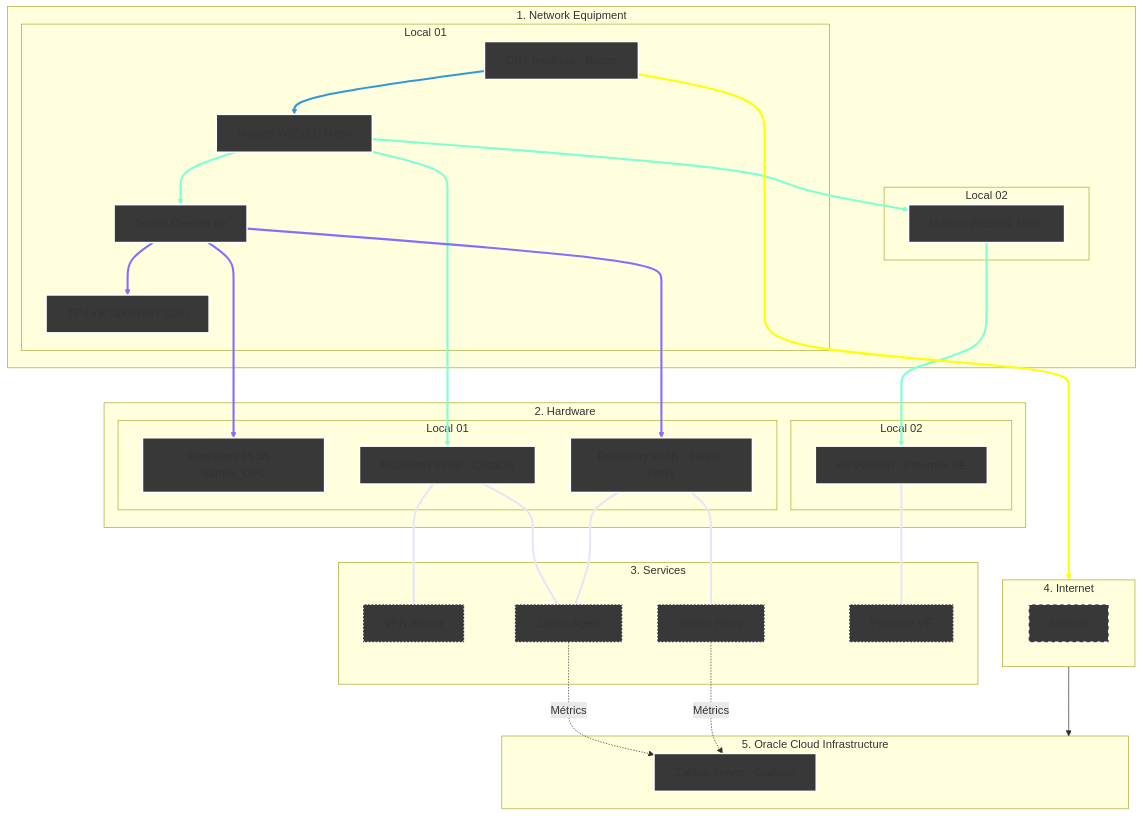
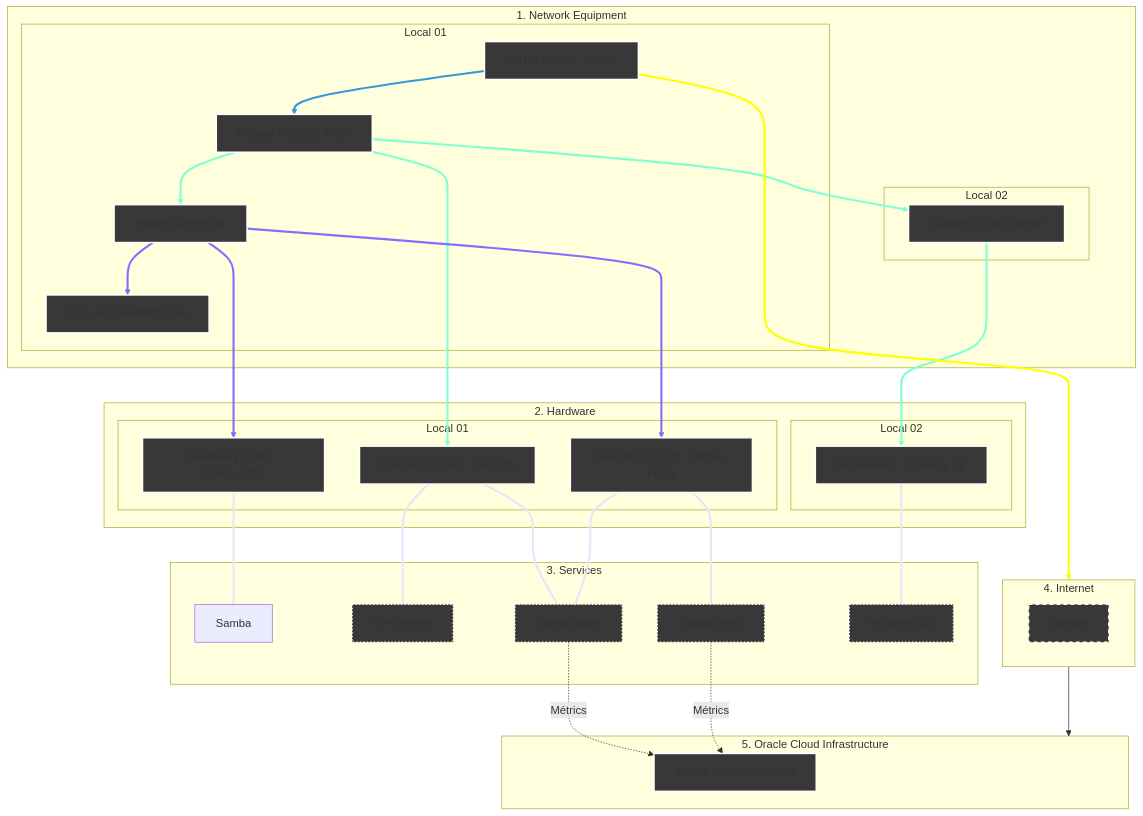
One commit to kevindexter22/Dr-Hardware-Autonet changed the diagram in Infraestructure/README.md. Above: the diagram before and after it, drawn with Mermaid.

````diff
--- a/Infraestructure/README.md
+++ b/Infraestructure/README.md
@@ -13,70 +13,71 @@
 ```mermaid
 graph TD
     %% Styles
     classDef network fill:#383838,stroke:#FFFFFF,stroke-width:2px;
     classDef hardware fill:#383838,stroke:#FFFFFF,stroke-width:2px;
     classDef internet fill:#383838,stroke:#FFFFFF,stroke-width:2px,stroke-dasharray: 5 5;
     classDef services fill:#383838,stroke:#FFFFFF,stroke-width:2px, stroke-dasharray: 2 3;
     classDef oci fill:#383838,stroke:#FFFFFF,stroke-width:2px;
 
     %% 1. NETWORK EQUIPMENT
     subgraph Principal["1. Network Equipment"]
     subgraph S1 [Local 01]
         ONT[ONT Intelbras - Bridge]:::network --> R_Mesh1[Huawei WS5800 Mesh]:::network
         R_Mesh1 --> SW1[Switch Overtek 8p]:::network
         SW1 --> R_Cams[TP-Link OpenWRT Cam]:::network    
     end
     subgraph S2 [Local 02]
         R_Mesh1 --> R_Mesh2[Huawei WS5800 Mesh]:::network
     end
     end
     
     %% 2. HARDWARE
     subgraph Principal02["2. Hardware"]
     subgraph S3 [Local 01]
         SW1 ---> RPi3B_1[Raspberry Pi 3B - Samba_OPL]:::hardware
         R_Mesh1 ---> RPi4B[Raspberry Pi 4B - CasaOS]:::hardware
         SW1 ---> RPi3B_2[Raspberry Pi 3B - Zabbix Proxy]:::hardware
     end
     subgraph S4 [Local 02]
         R_Mesh2 ---> HP[HP Pavilion - Proxmox VE]:::hardware
     end
     end
 
     %% 3. SERVICES     
     subgraph S5 [3. Services];
+        RPi3B_1 --- SMB1[Samba]
         RPi4B --- VPN[VPN Server]:::services
         RPi4B --- ZA[Zabbix Agent]:::services
         RPi3B_2 --- ZA[Zabbix Agent]:::services
         RPi3B_2 --- ZP[Zabbix Proxy]:::services
         HP --- PVE[Proxmox VE]:::services        
     end
 
     %% 4. Internet (The Bridge)
     subgraph S6 [4. Internet]
            internet[Internet]:::internet
     end
 
     %% 5. Oracle Cloud Infrastructure
     subgraph S7 [5. Oracle Cloud Infrastructure]
         ZS[Zabbix Server - Grafana]:::oci
     end
 
     %% Conections of data flow
     ONT --> S6
     S6 --> S7
     
     %% Logical conections
     ZA -.-> |Métrics| ZS
     ZP -.-> |Métrics| ZS 
 
     %% --- Set collor on conections ---
     
     linkStyle 0 stroke:#3498db,stroke-width:3px;
     linkStyle 1,3,5,7 stroke:#7FFFD4,stroke-width:3px;
     linkStyle 2,4,6 stroke:#836FFF,stroke-width:3px;
-    linkStyle 8,9,10,11,12 stroke:#E6E6FA,stroke-width:3px;
-    linkStyle 13 stroke:#FFFF00,stroke-width:3px;
+    linkStyle 8,9,10,11,12,13 stroke:#E6E6FA,stroke-width:3px;
+    linkStyle 14 stroke:#FFFF00,stroke-width:3px;
 
 
 ```
````
